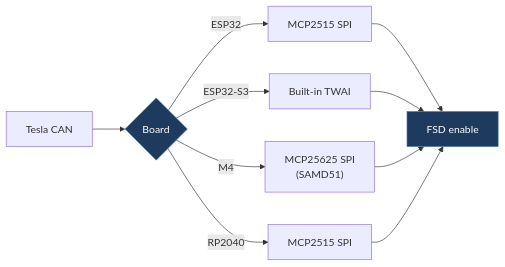
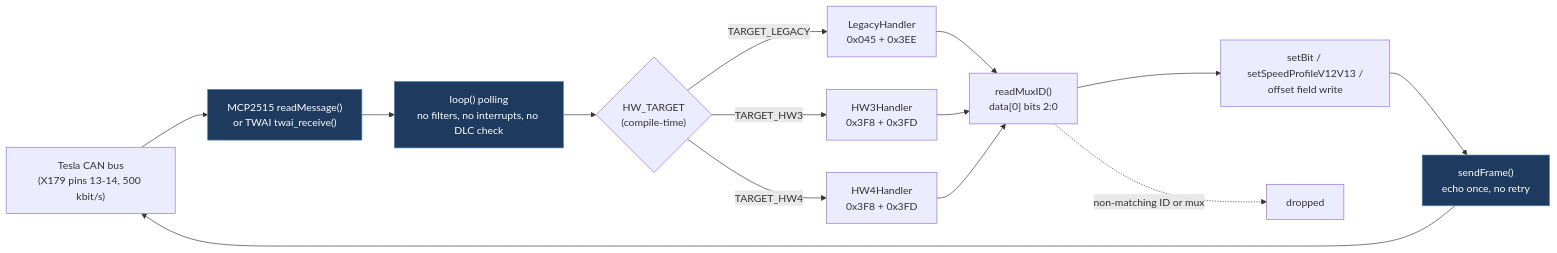
One commit to babico/TeslaCANModder changed the first of 2 diagrams in docs/legacy/juamiso-tesla-fsd-can-enabler.md. Above: the diagram before and after it, drawn with Mermaid. The commit also changed other lines of this file and 99 other files, not shown here.

````diff
--- a/docs/legacy/juamiso-tesla-fsd-can-enabler.md
+++ b/docs/legacy/juamiso-tesla-fsd-can-enabler.md
@@ -26,11 +84,18 @@
 ```mermaid
 flowchart LR
-    Car["Tesla CAN"] --> MCU{"Board"}
-    MCU -->|ESP32| ESP["MCP2515 SPI"]
-    MCU -->|ESP32-S3| TWAI["Built-in TWAI"]
-    MCU -->|M4| SAMD["MCP25625 SPI<br/>(SAMD51)"]
-    MCU -->|RP2040| RP["MCP2515 SPI"]
-    ESP & TWAI & SAMD & RP --> FSD["FSD enable"]
-    classDef path fill:#1e3a5f,stroke:#4a7fb5,color:#fff
-    class MCU,FSD path
+    Car["Tesla CAN bus<br/>(X179 pins 13-14, 500 kbit/s)"] --> Rx["MCP2515 readMessage()<br/>or TWAI twai_receive()"]
+    Rx --> Loop["loop() polling<br/>no filters, no interrupts, no DLC check"]
+    Loop --> Dispatch{"HW_TARGET<br/>(compile-time)"}
+    Dispatch -->|TARGET_LEGACY| Legacy["LegacyHandler<br/>0x045 + 0x3EE"]
+    Dispatch -->|TARGET_HW3| HW3["HW3Handler<br/>0x3F8 + 0x3FD"]
+    Dispatch -->|TARGET_HW4| HW4["HW4Handler<br/>0x3F8 + 0x3FD"]
+    Legacy --> Mux["readMuxID()<br/>data[0] bits 2:0"]
+    HW3 --> Mux
+    HW4 --> Mux
+    Mux --> Mutate["setBit / setSpeedProfileV12V13 /<br/>offset field write"]
+    Mutate --> Echo["sendFrame()<br/>echo once, no retry"]
+    Echo --> Car
+    Mux -.->|non-matching ID or mux| Drop["dropped"]
+    classDef transport fill:#1e3a5f,stroke:#4a7fb5,color:#fff
+    class Rx,Loop,Echo transport
 ```
````
